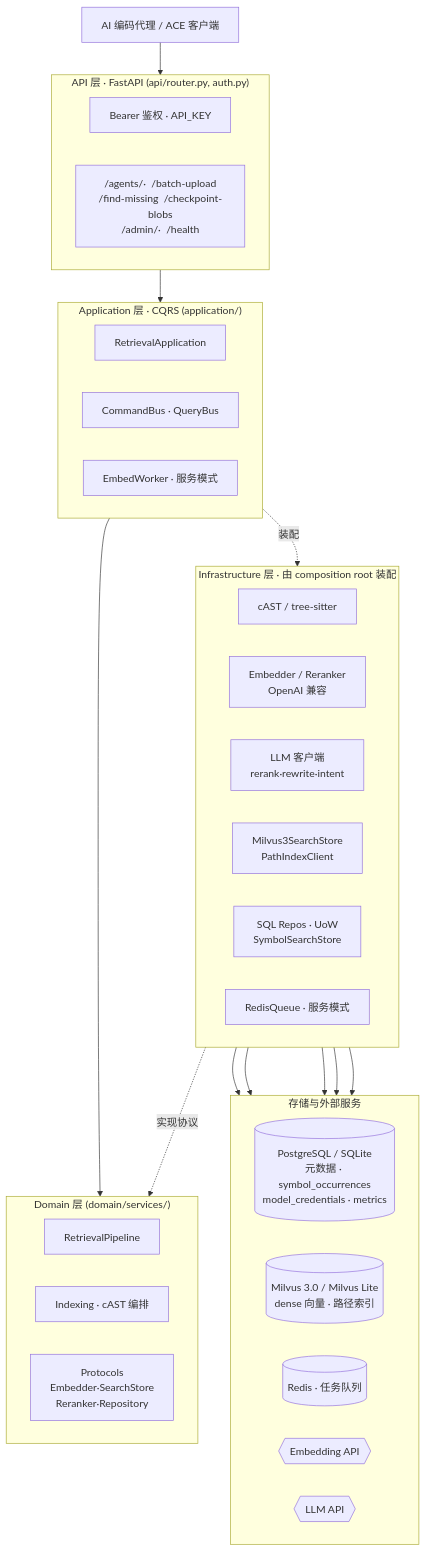
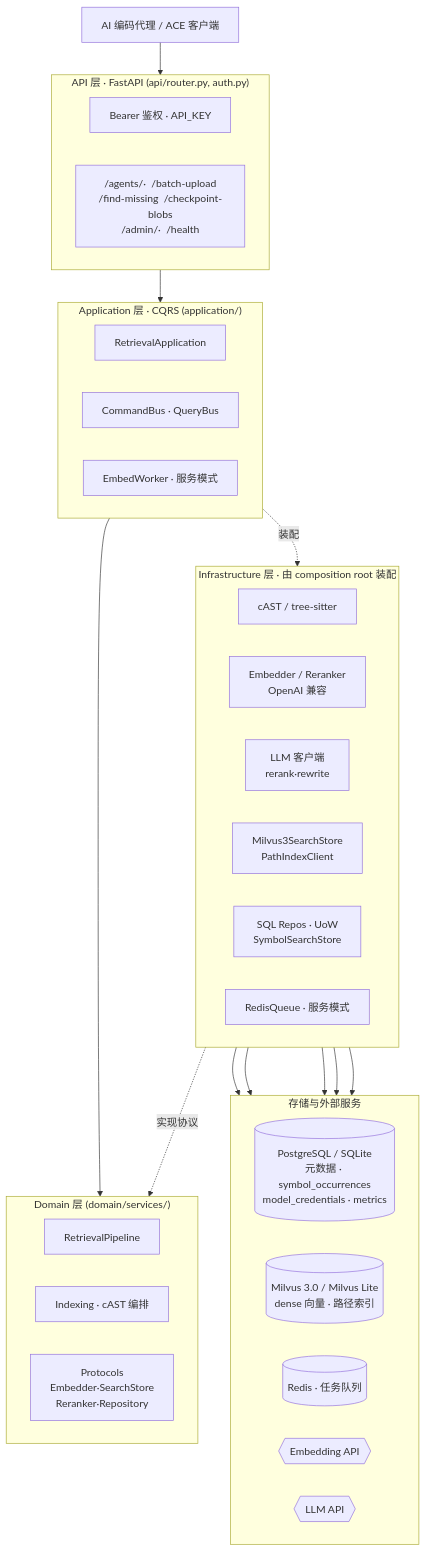
One commit to JasonEX/oce changed the first of 2 diagrams in README.zh-CN.md. Above: the diagram before and after it, drawn with Mermaid. The commit also changed other lines of this file and 32 other files, not shown here.

````diff
--- a/README.zh-CN.md
+++ b/README.zh-CN.md
@@ -309,55 +332,55 @@
 ```mermaid
 flowchart TB
     Client["AI 编码代理 / ACE 客户端"]
 
     subgraph API["API 层 · FastAPI (api/router.py, auth.py)"]
         direction LR
         Auth["Bearer 鉴权 · API_KEY"]
         Endpoints["/agents/·  /batch-upload<br/>/find-missing  /checkpoint-blobs<br/>/admin/·  /health"]
     end
 
     subgraph APP["Application 层 · CQRS (application/)"]
         direction LR
         AppSvc["RetrievalApplication"]
         Buses["CommandBus · QueryBus"]
         Worker["EmbedWorker · 服务模式"]
     end
 
     subgraph DOMAIN["Domain 层 (domain/services/)"]
         direction LR
         Pipeline["RetrievalPipeline"]
         Indexing["Indexing · cAST 编排"]
         Proto["Protocols<br/>Embedder·SearchStore<br/>Reranker·Repository"]
     end
 
     subgraph INFRA["Infrastructure 层 · 由 composition root 装配"]
         direction LR
         Chunker["cAST / tree-sitter"]
         Embed["Embedder / Reranker<br/>OpenAI 兼容"]
-        LLMC["LLM 客户端<br/>rerank·rewrite·intent"]
+        LLMC["LLM 客户端<br/>rerank·rewrite"]
         Vector["Milvus3SearchStore<br/>PathIndexClient"]
         Sql["SQL Repos · UoW<br/>SymbolSearchStore"]
         RedisQ["RedisQueue · 服务模式"]
     end
 
     subgraph STORE["存储与外部服务"]
         direction LR
         DB[("PostgreSQL / SQLite<br/>元数据 · symbol_occurrences<br/>model_credentials · metrics")]
         Milvus[("Milvus 3.0 / Milvus Lite<br/>dense 向量 · 路径索引")]
         Redis[("Redis · 任务队列")]
         EmbedAPI{{"Embedding API"}}
         LLMAPI{{"LLM API"}}
     end
 
     Client --> API
     API --> APP
     APP --> DOMAIN
     APP -. 装配 .-> INFRA
     INFRA -. 实现协议 .-> DOMAIN
 
     Embed --> EmbedAPI
     LLMC --> LLMAPI
     Vector --> Milvus
     Sql --> DB
     RedisQ --> Redis
 ```
````
